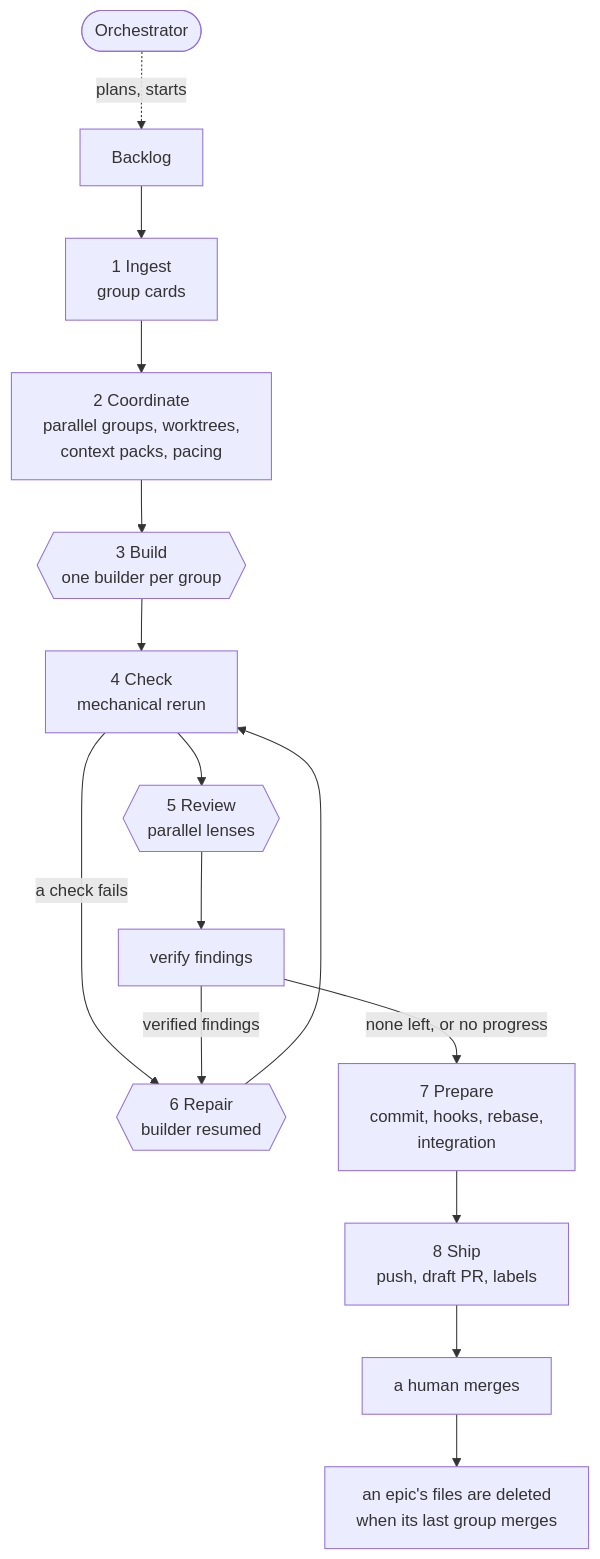
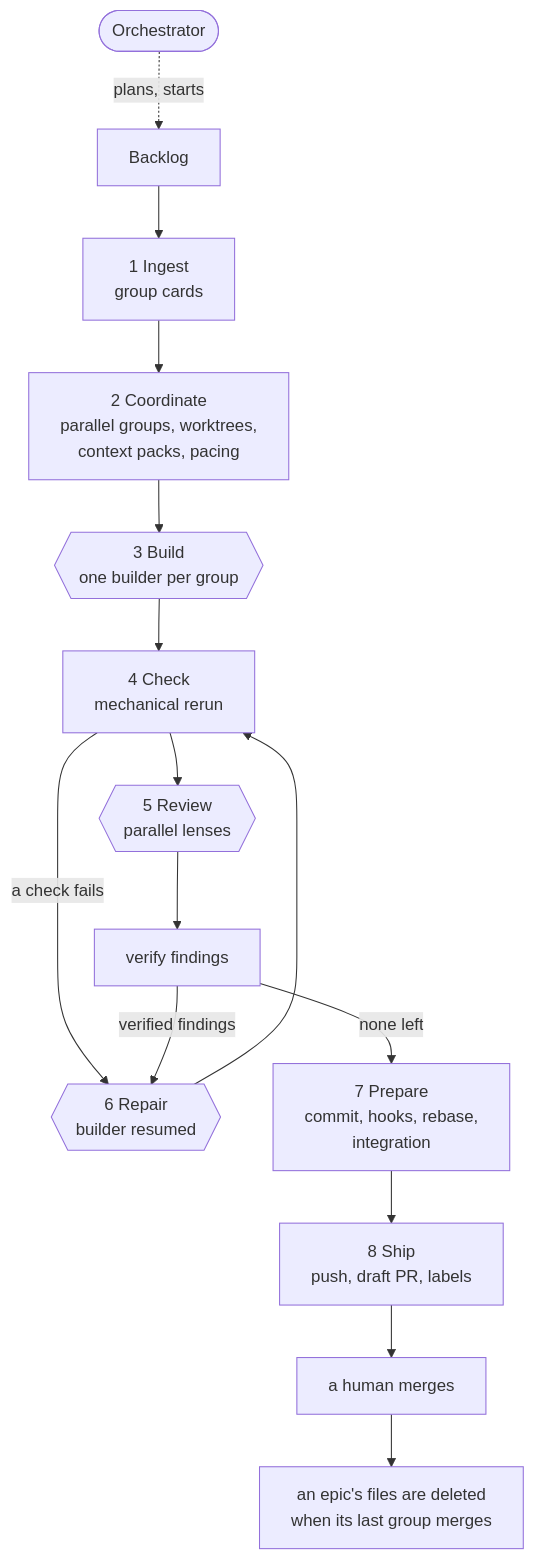
One commit to rdevitto86/komodo-agentic-factory-coding changed the first of 2 diagrams in docs/hld.md. Above: the diagram before and after it, drawn with Mermaid. The commit also changed other lines of this file and 3 other files, not shown here.

First line of the commit message:
docs: add the assembly line flow diagram

````diff
--- a/docs/hld.md
+++ b/docs/hld.md
@@ -85,17 +89,17 @@
 ```mermaid
 flowchart TD
     O([Orchestrator]) -. plans, starts .-> B
     B[Backlog] --> I[1 Ingest<br/>group cards]
     I --> C[2 Coordinate<br/>parallel groups, worktrees,<br/>context packs, pacing]
     C --> BU{{3 Build<br/>one builder per group}}
     BU --> CK[4 Check<br/>mechanical rerun]
     CK -->|a check fails| RP
     CK --> RV{{5 Review<br/>parallel lenses}}
     RV --> VF[verify findings]
     VF -->|verified findings| RP{{6 Repair<br/>builder resumed}}
     RP --> CK
-    VF -->|none left, or no progress| PR[7 Prepare<br/>commit, hooks, rebase,<br/>integration]
+    VF -->|none left| PR[7 Prepare<br/>commit, hooks, rebase,<br/>integration]
     PR --> S[8 Ship<br/>push, draft PR, labels]
     S --> H[a human merges]
     H --> CL[an epic's files are deleted<br/>when its last group merges]
 ```
````
